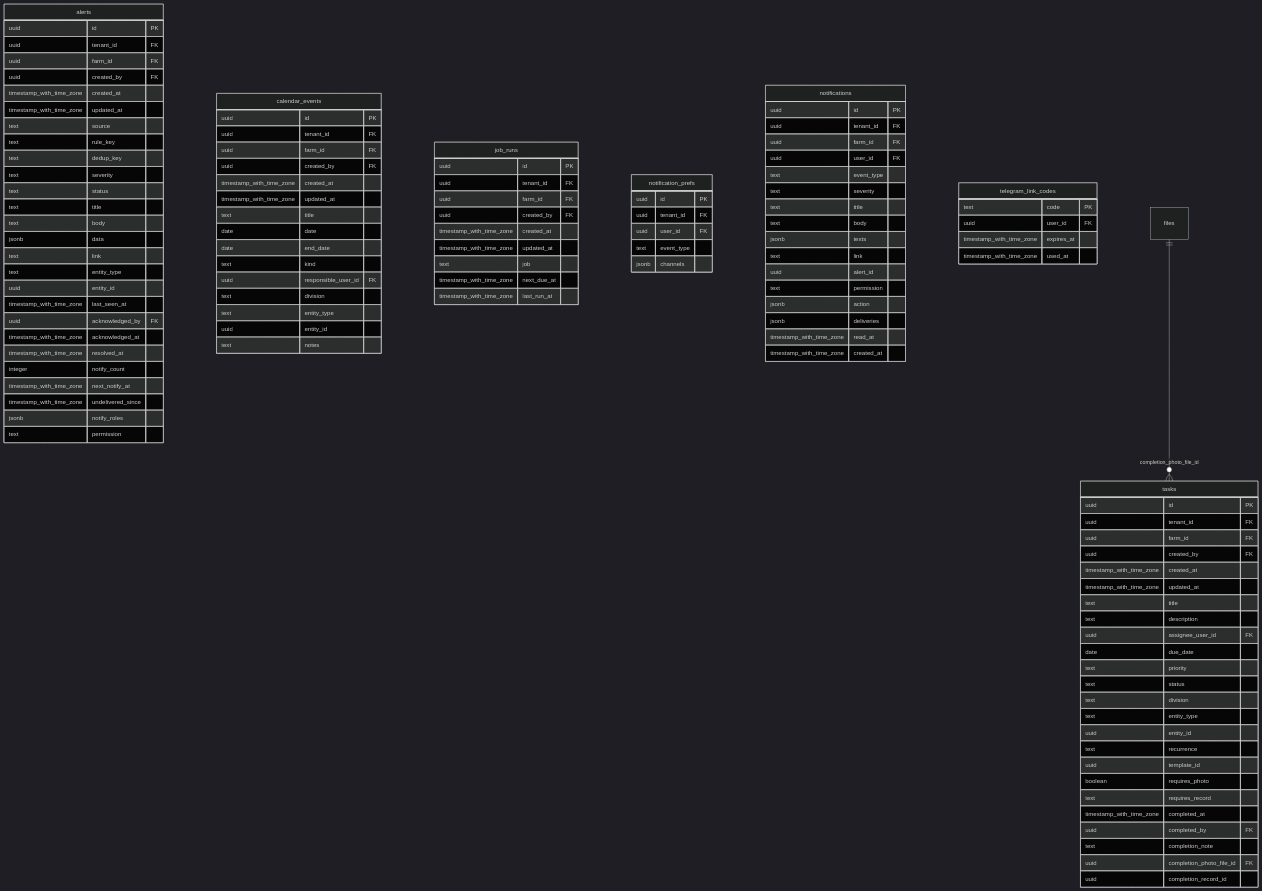
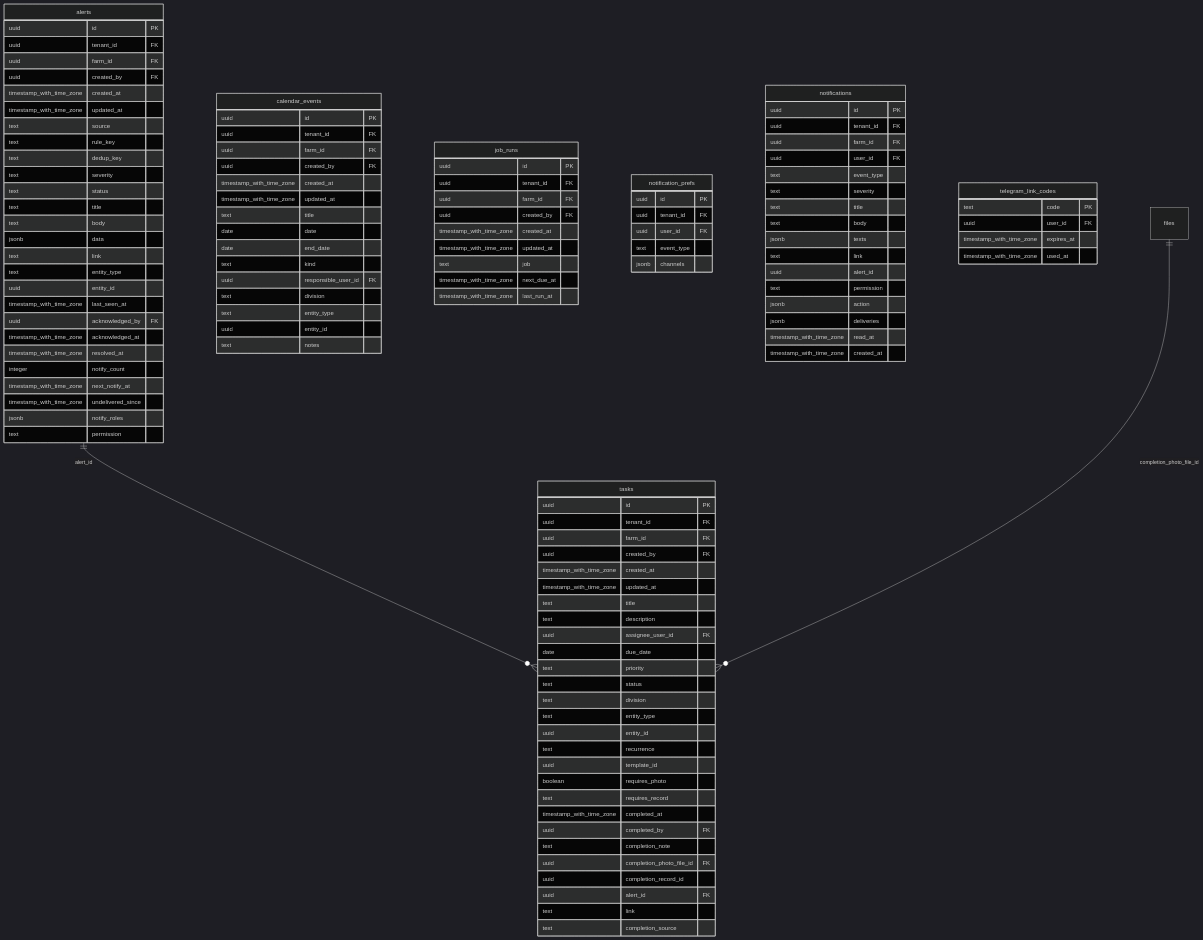
Before and after one commit to khurshidnm/yuksalish-agro: diagram 11 of 15 in docs/erd.md, drawn with Mermaid (dark theme). The commit also changed other lines of this file and 367 other files, not shown here.

````diff
--- a/docs/erd.md
+++ b/docs/erd.md
@@ -1772,6 +1976,9 @@
     text completion_note
     uuid completion_photo_file_id FK
     uuid completion_record_id
+    uuid alert_id FK
+    text link
+    text completion_source
   }
   telegram_link_codes {
     text code PK
@@ -1779,5 +1986,6 @@
     timestamp_with_time_zone expires_at
     timestamp_with_time_zone used_at
   }
+  alerts ||--o{ tasks : "alert_id"
   files ||--o{ tasks : "completion_photo_file_id"
 ```
````
